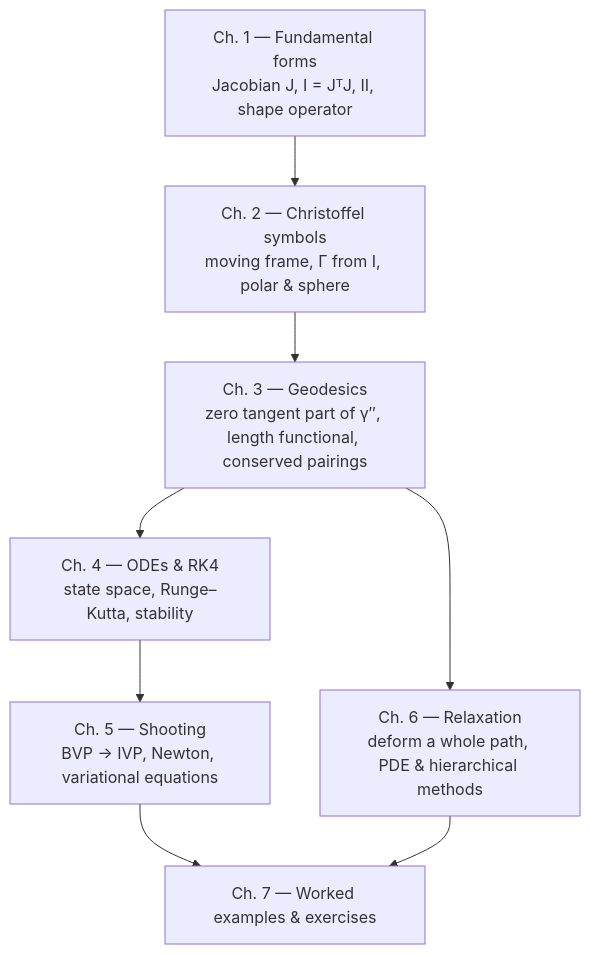
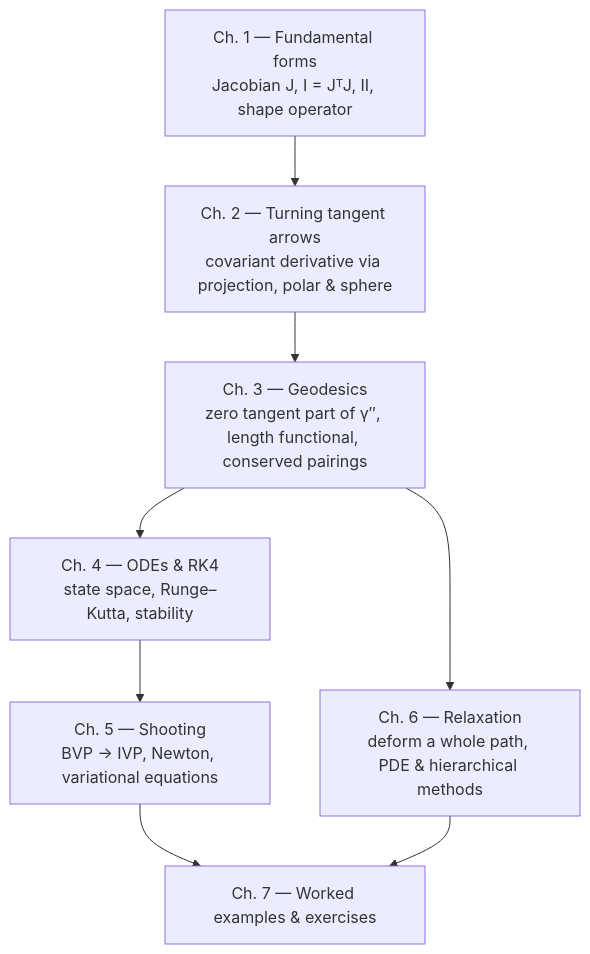
Before and after one commit to TreeHappy/brane: the diagram in projects/geodesia/learn-geodesia/index.md, drawn with Mermaid. The commit also changed other lines of this file and 11 other files, not shown here.

````diff
--- a/projects/geodesia/learn-geodesia/index.md
+++ b/projects/geodesia/learn-geodesia/index.md
@@ -39,14 +55,14 @@
 ```mermaid
 flowchart TD
     A["Ch. 1 — Fundamental forms<br/>Jacobian J, I = JᵀJ, II, shape operator"]
-    B["Ch. 2 — Christoffel symbols<br/>moving frame, Γ from I, polar & sphere"]
+    B["Ch. 2 — Turning tangent arrows<br/>covariant derivative via projection, polar & sphere"]
     C["Ch. 3 — Geodesics<br/>zero tangent part of γ″, length functional, conserved pairings"]
     D["Ch. 4 — ODEs & RK4<br/>state space, Runge–Kutta, stability"]
     E["Ch. 5 — Shooting<br/>BVP → IVP, Newton, variational equations"]
     F["Ch. 6 — Relaxation<br/>deform a whole path, PDE & hierarchical methods"]
     G["Ch. 7 — Worked examples & exercises"]
     A --> B --> C --> D --> E
     C --> F
     E --> G
     F --> G
 ```
````
